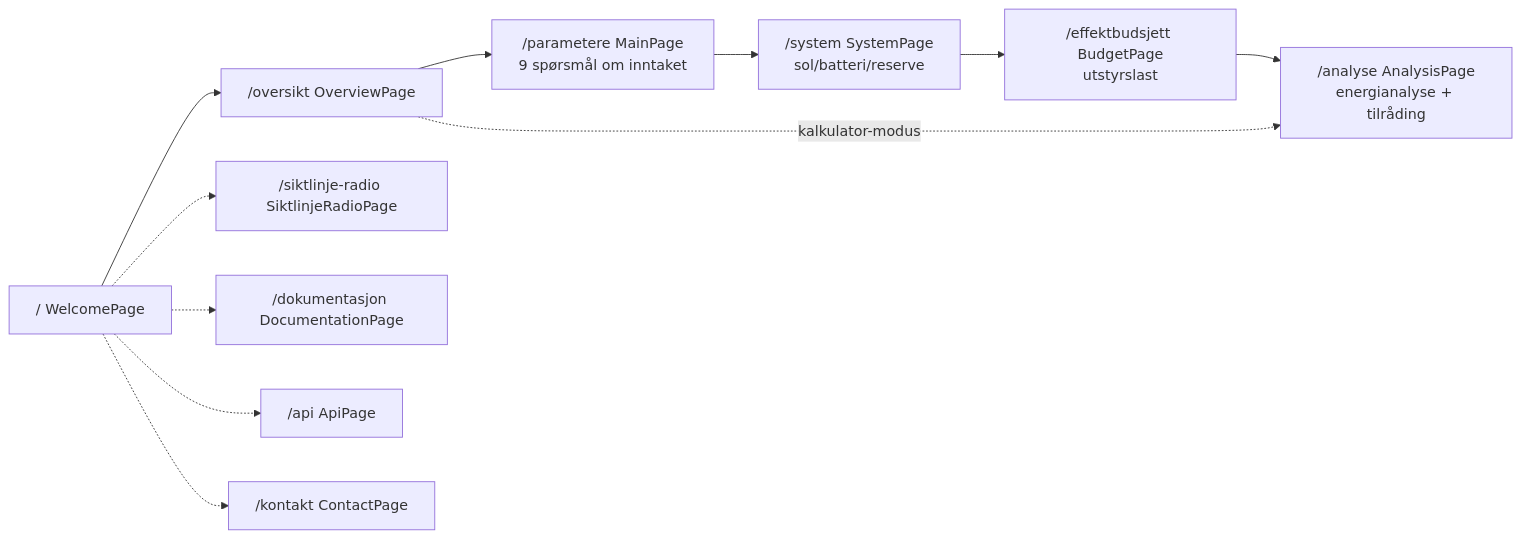
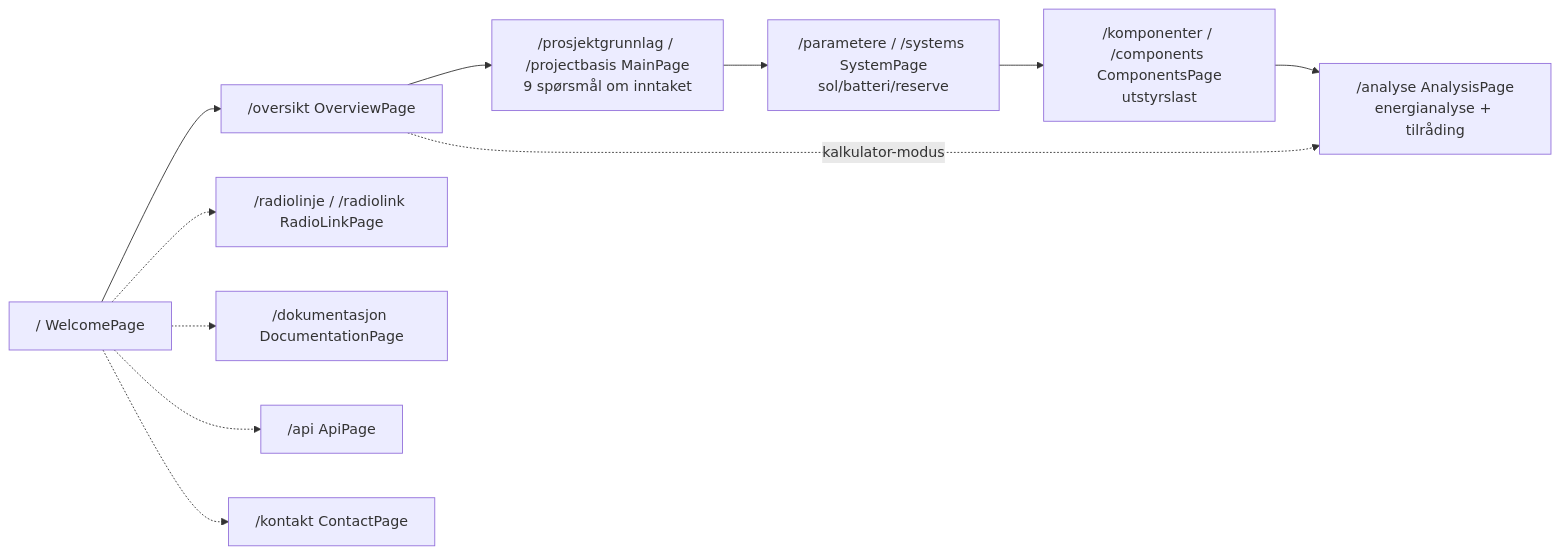
One commit to nikolsen1234-bit/hydroguide changed the first of 2 diagrams in docs/frontend.md. Above: the diagram before and after it, drawn with Mermaid. The commit also changed other lines of this file and 34 other files, not shown here.

````diff
--- a/docs/frontend.md
+++ b/docs/frontend.md
@@ -9,24 +9,24 @@
 ```mermaid
 flowchart LR
     welcome["/  WelcomePage"]
     overview["/oversikt OverviewPage"]
-    main["/parametere MainPage<br/>9 spørsmål om inntaket"]
-    system["/system SystemPage<br/>sol/batteri/reserve"]
-    budget["/effektbudsjett BudgetPage<br/>utstyrslast"]
+    main["/prosjektgrunnlag / /projectbasis MainPage<br/>9 spørsmål om inntaket"]
+    system["/parametere / /systems SystemPage<br/>sol/batteri/reserve"]
+    components["/komponenter / /components ComponentsPage<br/>utstyrslast"]
     analysis["/analyse AnalysisPage<br/>energianalyse + tilråding"]
-    radio["/siktlinje-radio SiktlinjeRadioPage"]
+    radio["/radiolinje / /radiolink RadioLinkPage"]
     docs["/dokumentasjon DocumentationPage"]
     api["/api ApiPage"]
     contact["/kontakt ContactPage"]
 
     welcome --> overview
     overview --> main
     main --> system
-    system --> budget
-    budget --> analysis
+    system --> components
+    components --> analysis
     overview -.->|kalkulator-modus| analysis
     welcome -.-> radio
     welcome -.-> docs
     welcome -.-> api
     welcome -.-> contact
 ```
````
